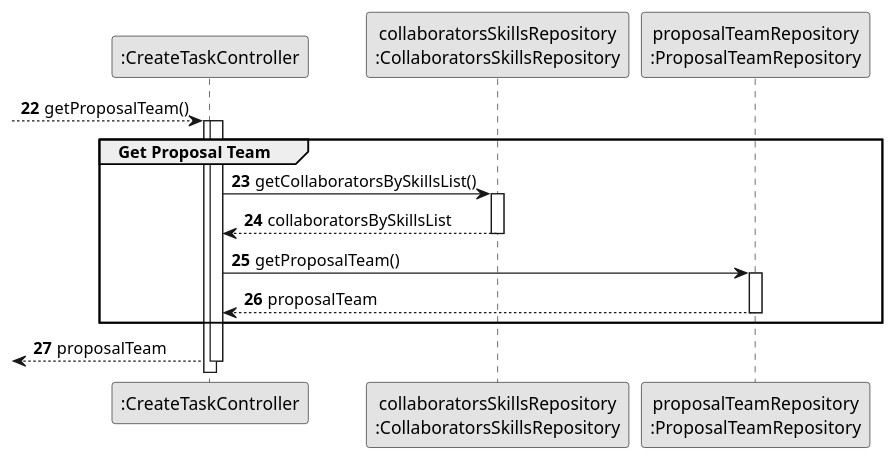
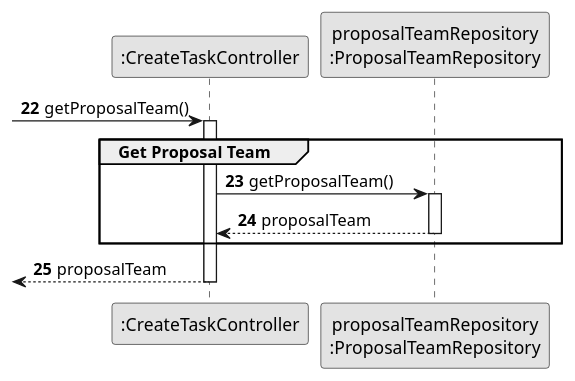
The diagram in docs/sprint2/us005/03.design/puml/us005-sequence-diagram-partial-proposal-team.puml (1231360-ISEP/lei-24-s2-1db-g021), drawn with PlantUML before and after one commit. The commit also changed 10 other files, not shown here.

Commit message:
Update US05 - Sequence Diagram Split, Full and Partial and SVG´s

```diff
--- a/docs/sprint2/us005/03.design/puml/us005-sequence-diagram-partial-proposal-team.puml
+++ b/docs/sprint2/us005/03.design/puml/us005-sequence-diagram-partial-proposal-team.puml
@@ -1,34 +1,26 @@
 @startuml
 skinparam monochrome true
 skinparam packageStyle rectangle
 skinparam shadowing false
 
 participant ":CreateTaskController" as CTRL
-participant "collaboratorsSkillsRepository\n:CollaboratorsSkillsRepository" as CollaboratorsSkillsRepository
 participant "proposalTeamRepository\n:ProposalTeamRepository" as ProposalTeamRepository
 
 autonumber 22
 
---> CTRL : getProposalTeam()
+-> CTRL : getProposalTeam()
+activate CTRL
 
 group Get Proposal Team
-
-    activate CTRL
-
-    activate CTRL
-
-        CTRL -> CollaboratorsSkillsRepository : getCollaboratorsBySkillsList()
-    activate CollaboratorsSkillsRepository
-
-    CollaboratorsSkillsRepository --> CTRL: collaboratorsBySkillsList
-    deactivate CollaboratorsSkillsRepository
-
         CTRL -> ProposalTeamRepository : getProposalTeam()
     activate ProposalTeamRepository
 
     ProposalTeamRepository --> CTRL : proposalTeam
     deactivate ProposalTeamRepository
+
 end
+
 <-- CTRL : proposalTeam
 deactivate CTRL
+
 @enduml
```
